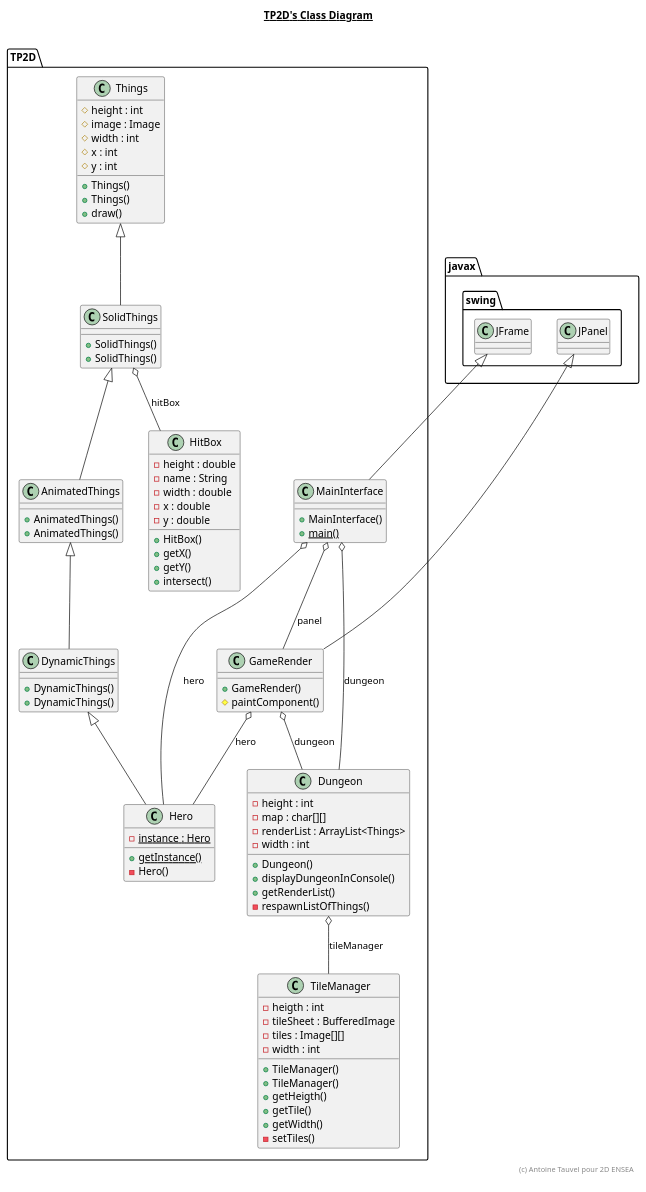
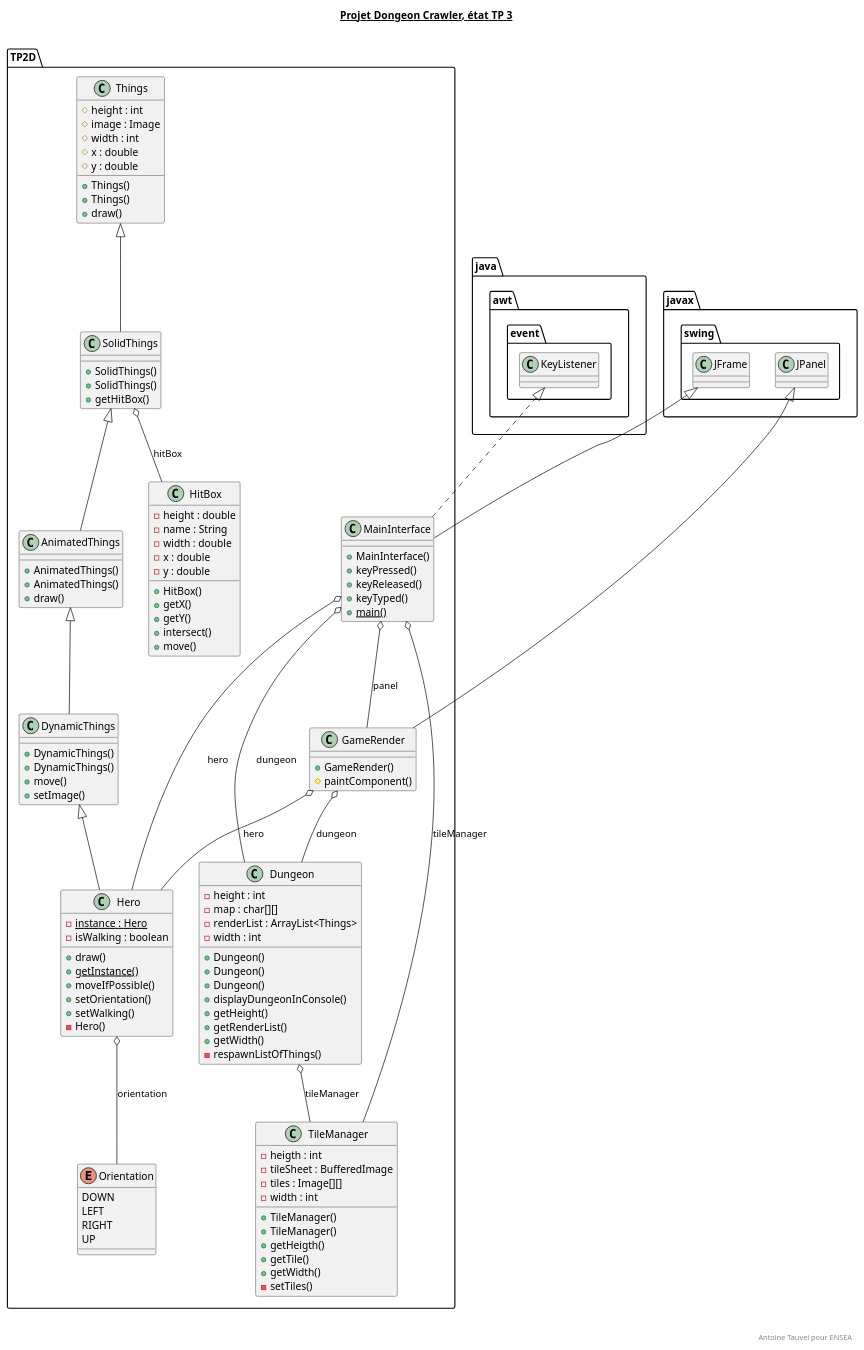
One commit to antoineTauvelENSEA/Whatever2D changed the diagram in src/TP2D/TP2D.plantuml. Above: the diagram before and after it, drawn with PlantUML. The commit also changed 6 other files, not shown here.

```diff
--- a/src/TP2D/TP2D.plantuml
+++ b/src/TP2D/TP2D.plantuml
@@ -1,152 +1,164 @@
 @startuml
 
-title __TP2D's Class Diagram__\n
-
+title __Projet Dongeon Crawler, état TP 3 __\n
 
     namespace TP2D {
       class TP2D.AnimatedThings {
           + AnimatedThings()
           + AnimatedThings()
+          + draw()
       }
     }
 
   
-
 
     namespace TP2D {
       class TP2D.Dungeon {
           - height : int
           - map : char[][]
           - renderList : ArrayList<Things>
           - width : int
           + Dungeon()
+          + Dungeon()
+          + Dungeon()
           + displayDungeonInConsole()
+          + getHeight()
           + getRenderList()
+          + getWidth()
           - respawnListOfThings()
       }
-    }
-
+  }
   
-
 
     namespace TP2D {
       class TP2D.DynamicThings {
           + DynamicThings()
           + DynamicThings()
+          + move()
+          + setImage()
       }
     }
-
-  
 
 
     namespace TP2D {
       class TP2D.GameRender {
           + GameRender()
           # paintComponent()
       }
     }
 
-  
-
 
     namespace TP2D {
       class TP2D.Hero {
           {static} - instance : Hero
+          - isWalking : boolean
+          + draw()
           {static} + getInstance()
+          + moveIfPossible()
+          + setOrientation()
+          + setWalking()
           - Hero()
       }
     }
 
-  
 
     namespace TP2D {
       class TP2D.HitBox {
           - height : double
           - name : String
           - width : double
           - x : double
           - y : double
           + HitBox()
           + getX()
           + getY()
           + intersect()
+          + move()
       }
     }
-
-  
 
 
     namespace TP2D {
       class TP2D.MainInterface {
           + MainInterface()
+          + keyPressed()
+          + keyReleased()
+          + keyTyped()
           {static} + main()
       }
     }
 
-  
-
 
     namespace TP2D {
+      enum Orientation {
+        DOWN
+        LEFT
+        RIGHT
+        UP
+      }
+    }
+
+namespace TP2D {
       class TP2D.SolidThings {
           + SolidThings()
           + SolidThings()
+          + getHitBox()
       }
     }
-
-  
 
 
     namespace TP2D {
       class TP2D.Things {
           # height : int
           # image : Image
           # width : int
-          # x : int
-          # y : int
+          # x : double
+          # y : double
           + Things()
           + Things()
           + draw()
       }
     }
-
-  
 
 
     namespace TP2D {
       class TP2D.TileManager {
           - heigth : int
           - tileSheet : BufferedImage
           - tiles : Image[][]
           - width : int
           + TileManager()
           + TileManager()
           + getHeigth()
           + getTile()
           + getWidth()
           - setTiles()
       }
     }
 
-  
 
   TP2D.AnimatedThings -up-|> TP2D.SolidThings
   TP2D.Dungeon o-- TP2D.TileManager : tileManager
   TP2D.DynamicThings -up-|> TP2D.AnimatedThings
   TP2D.GameRender -up-|> javax.swing.JPanel
   TP2D.GameRender o-- TP2D.Dungeon : dungeon
   TP2D.GameRender o-- TP2D.Hero : hero
   TP2D.Hero -up-|> TP2D.DynamicThings
+  TP2D.Hero o-- TP2D.Orientation : orientation
+  TP2D.MainInterface .up.|> java.awt.event.KeyListener
   TP2D.MainInterface -up-|> javax.swing.JFrame
   TP2D.MainInterface o-- TP2D.Dungeon : dungeon
   TP2D.MainInterface o-- TP2D.Hero : hero
   TP2D.MainInterface o-- TP2D.GameRender : panel
+  TP2D.MainInterface o-- TP2D.TileManager : tileManager
   TP2D.SolidThings -up-|> TP2D.Things
   TP2D.SolidThings o-- TP2D.HitBox : hitBox
 
 
 right footer
-(c) Antoine Tauvel pour 2D ENSEA
 
+
+Antoine Tauvel pour ENSEA
 endfooter
 
 @enduml
```
